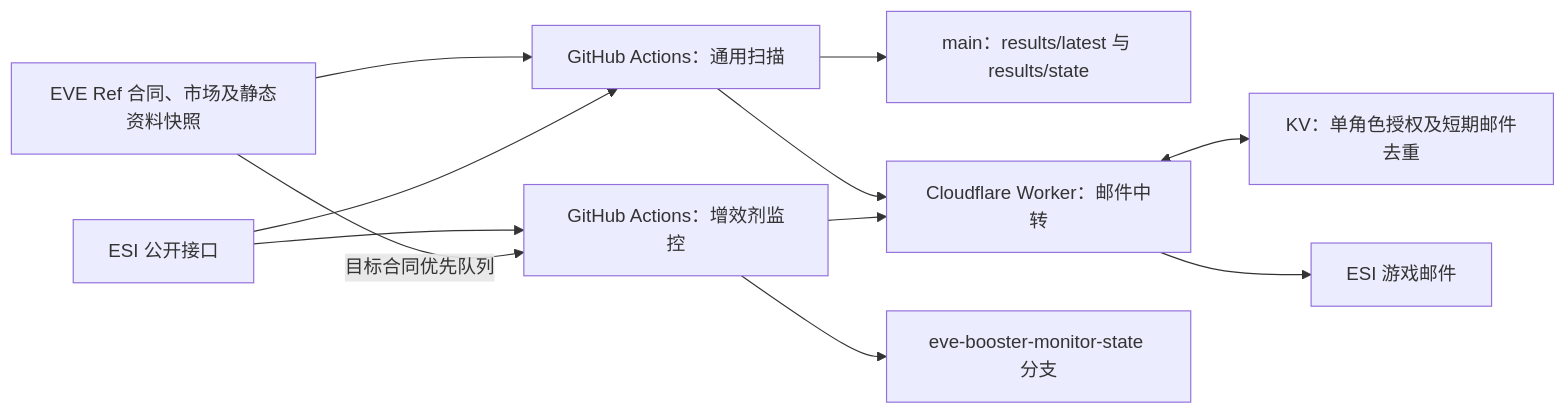
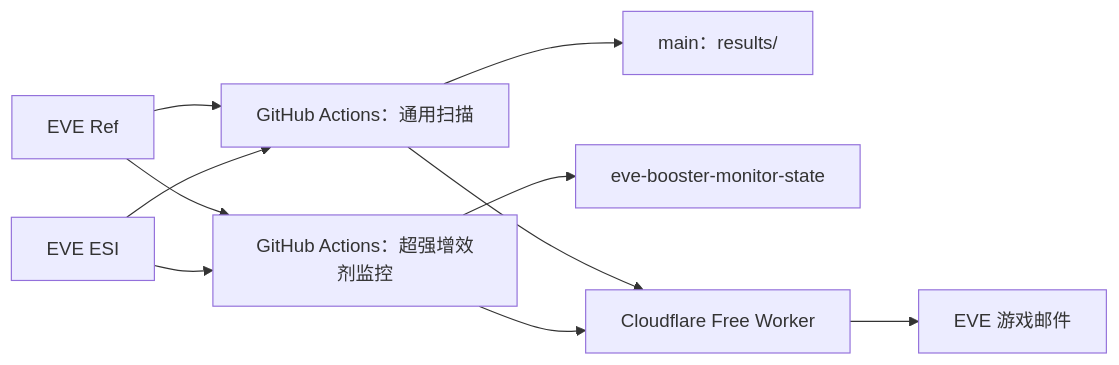
The diagram in README.md (samson8964/chatgpt-eve), drawn with Mermaid before and after one commit. The commit also changed other lines of this file, not shown here.

Commit message:
docs: align root README with current scan and alert architecture

````diff
--- a/README.md
+++ b/README.md
@@ -18,13 +16,12 @@
 ```mermaid
 flowchart LR
-  ref["EVE Ref 合同、市场及静态资料快照"] --> general["GitHub Actions：通用扫描"]
-  esi["ESI 公开接口"] --> general
-  general --> results["main：results/latest 与 results/state"]
-  general --> relay["Cloudflare Worker：邮件中转"]
-  esi --> booster["GitHub Actions：增效剂监控"]
-  ref -->|目标合同优先队列| booster
-  booster --> state["eve-booster-monitor-state 分支"]
+  ref["EVE Ref"] --> general["GitHub Actions：通用扫描"]
+  esi["EVE ESI"] --> general
+  ref --> booster["GitHub Actions：超强增效剂监控"]
+  esi --> booster
+  general --> results["main：results/"]
+  booster --> state["eve-booster-monitor-state"]
+  general --> relay["Cloudflare Free Worker"]
   booster --> relay
-  relay <--> kv["KV：单角色授权及短期邮件去重"]
-  relay --> mail["ESI 游戏邮件"]
+  relay --> mail["EVE 游戏邮件"]
 ```
````
